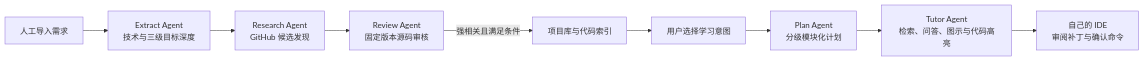
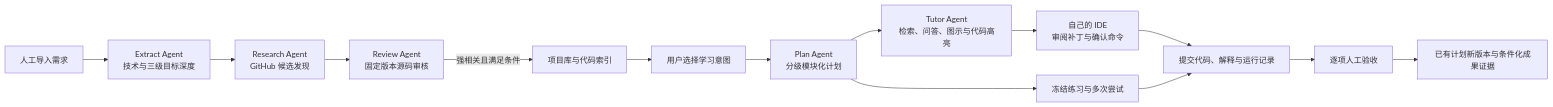
The diagram in README.md (Sw1ven-Wang/CareerForge), drawn with Mermaid before and after one commit. The commit also changed other lines of this file and 26 other files, not shown here.

````diff
--- a/README.md
+++ b/README.md
@@ -13,11 +13,16 @@
 ```mermaid
 flowchart LR
     A[人工导入需求] --> B[Extract Agent<br/>技术与三级目标深度]
     B --> C[Research Agent<br/>GitHub 候选发现]
     C --> D[Review Agent<br/>固定版本源码审核]
     D -->|强相关且满足条件| E[项目库与代码索引]
     E --> F[用户选择学习意图]
     F --> G[Plan Agent<br/>分级模块化计划]
     G --> H[Tutor Agent<br/>检索、问答、图示与代码高亮]
     H --> I[自己的 IDE<br/>审阅补丁与确认命令]
+    G --> J[冻结练习与多次尝试]
+    I --> K[提交代码、解释与运行记录]
+    J --> K
+    K --> L[逐项人工验收]
+    L --> M[已有计划新版本与条件化成果证据]
 ```
````
